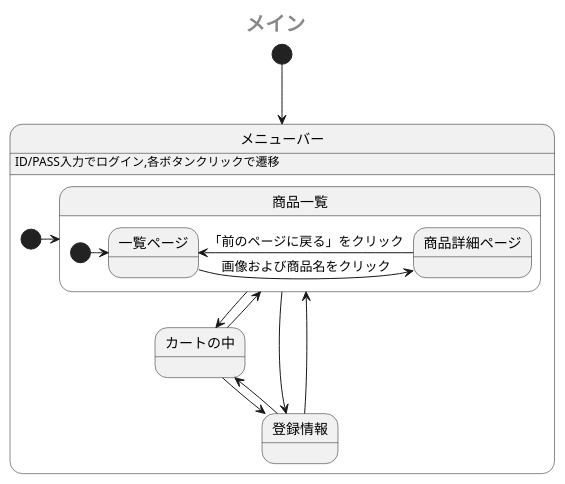
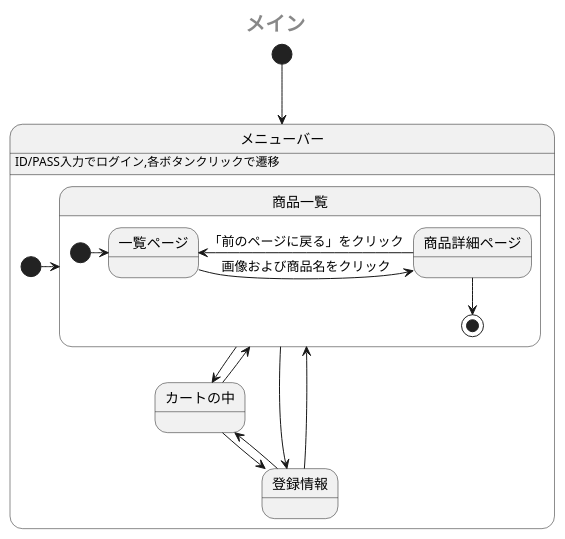
Before and after one commit to Aso2001385/2021sys-design: the first of 2 diagrams in sample/StateMachine.md, drawn with PlantUML.

````diff
--- a/sample/StateMachine.md
+++ b/sample/StateMachine.md
@@ -1,27 +1,28 @@
 ```uml
 @startuml
  center header <size:20><b>メイン</b></size>
  [*] --> メニューバー
  state メニューバー {
    メニューバー: ID/PASS入力でログイン,各ボタンクリックで遷移
    [*] -> 商品一覧
    state 商品一覧 {
     [*] -> 一覧ページ
     一覧ページ -right-> 商品詳細ページ: 画像および商品名をクリック
     商品詳細ページ -left-> 一覧ページ: 「前のページに戻る」をクリック
+    商品詳細ページ --> [*]
     
    }
    商品一覧 -down-> カートの中
    カートの中 -up-> 商品一覧
    カートの中 -down-> 登録情報
    登録情報 -up-> カートの中
    商品一覧 -right-> 登録情報
    商品一覧 -[hidden]> 登録情報
    登録情報 -left-> 商品一覧
    登録情報 -[hidden]> 商品一覧
    
 
  }
  
 @enduml
 ```
````
